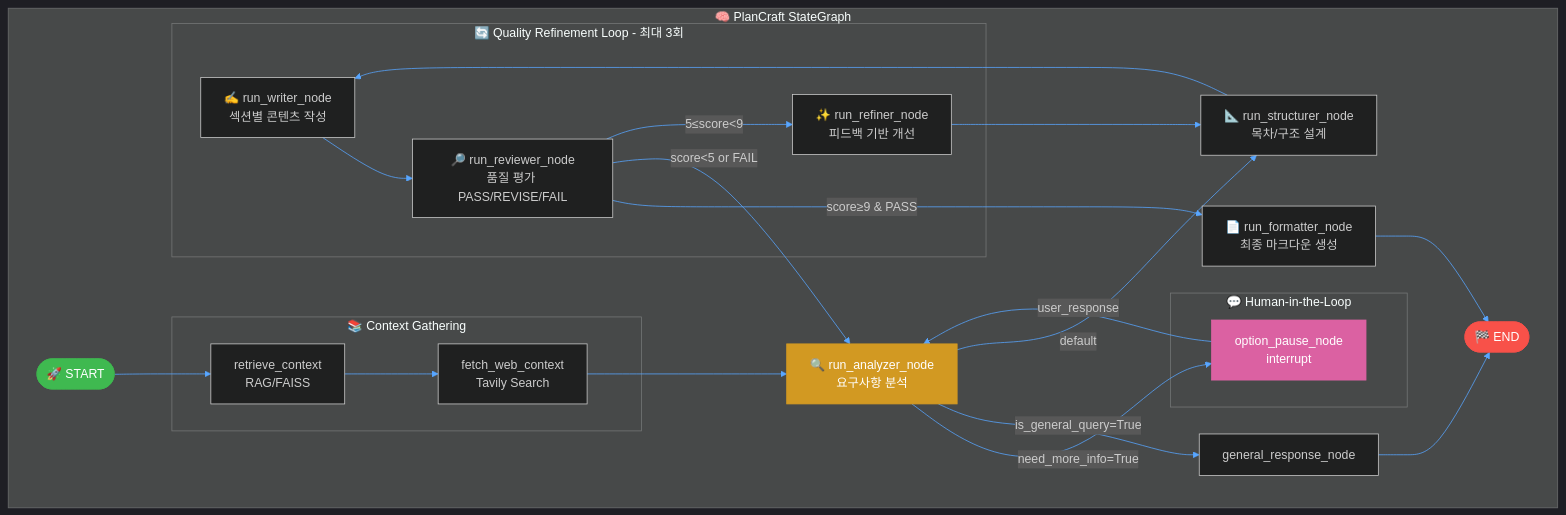
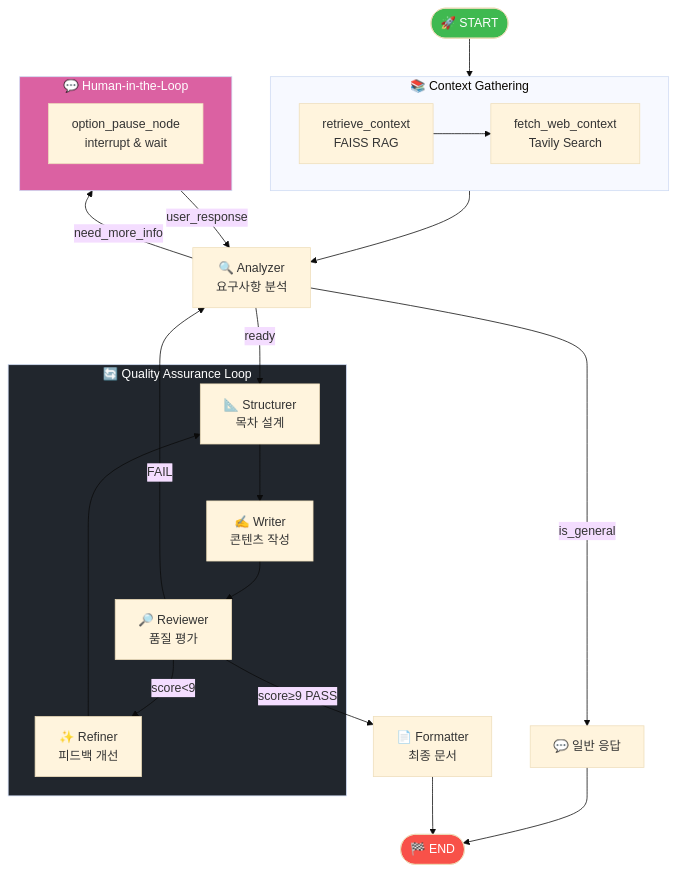
One commit to skyasu2/multi-agent-python changed the second of 9 diagrams in docs/MULTI_AGENT_DIAGRAM.md. Above: the diagram before and after it, drawn with Mermaid. The commit also changed other lines of this file, not shown here.

Commit message:
docs: add comprehensive multi-agent architecture diagrams with service flow

````diff
--- a/docs/MULTI_AGENT_DIAGRAM.md
+++ b/docs/MULTI_AGENT_DIAGRAM.md
@@ -9,65 +68,47 @@
 ```mermaid
-%%{init: {'theme': 'dark', 'themeVariables': { 'primaryColor': '#4493f8', 'primaryTextColor': '#fff', 'primaryBorderColor': '#8957e5', 'lineColor': '#58a6ff', 'secondaryColor': '#21262d', 'tertiaryColor': '#161b22'}}}%%
+%%{init: {'theme': 'base'}}%%
 
 flowchart TD
-    subgraph StateGraph["🧠 PlanCraft StateGraph"]
-        
-        START([🚀 START])
-        
-        subgraph Context["📚 Context Gathering"]
-            RAG[retrieve_context<br/>RAG/FAISS]
-            WEB[fetch_web_context<br/>Tavily Search]
-        end
-        
-        ANALYZE[🔍 run_analyzer_node<br/>요구사항 분석]
-        
-        subgraph HITL["💬 Human-in-the-Loop"]
-            OPTION[option_pause_node<br/>interrupt]
-        end
-        
-        GENERAL[general_response_node]
-        
-        STRUCTURE[📐 run_structurer_node<br/>목차/구조 설계]
-        
-        subgraph QualityLoop["🔄 Quality Refinement Loop - 최대 3회"]
-            WRITE[✍️ run_writer_node<br/>섹션별 콘텐츠 작성]
-            REVIEW[🔎 run_reviewer_node<br/>품질 평가 PASS/REVISE/FAIL]
-            REFINE[✨ run_refiner_node<br/>피드백 기반 개선]
-        end
-        
-        FORMAT[📄 run_formatter_node<br/>최종 마크다운 생성]
-        
-        END_NODE([🏁 END])
-        
-        %% Flow
-        START --> RAG
+    START([🚀 START]) --> CONTEXT
+    
+    subgraph CONTEXT["📚 Context Gathering"]
+        RAG[retrieve_context<br/>FAISS RAG]
+        WEB[fetch_web_context<br/>Tavily Search]
         RAG --> WEB
-        WEB --> ANALYZE
-        
-        %% Conditional: should_ask_user
-        ANALYZE -->|"need_more_info=True"| OPTION
-        ANALYZE -->|"is_general_query=True"| GENERAL
-        ANALYZE -->|"default"| STRUCTURE
-        
-        OPTION -->|"user_response"| ANALYZE
-        GENERAL --> END_NODE
-        
-        STRUCTURE --> WRITE
-        WRITE --> REVIEW
-        
-        %% Conditional: should_refine_or_restart
-        REVIEW -->|"score≥9 & PASS"| FORMAT
-        REVIEW -->|"score<5 or FAIL"| ANALYZE
-        REVIEW -->|"5≤score<9"| REFINE
-        
-        REFINE --> STRUCTURE
-        
-        FORMAT --> END_NODE
     end
     
-    %% Styling
-    style START fill:#3fb950,stroke:#3fb950,color:#fff
-    style END_NODE fill:#f85149,stroke:#f85149,color:#fff
-    style ANALYZE fill:#d29922,stroke:#d29922,color:#fff
-    style OPTION fill:#db61a2,stroke:#db61a2,color:#fff
+    CONTEXT --> ANALYZE[🔍 Analyzer<br/>요구사항 분석]
+    
+    ANALYZE -->|need_more_info| HITL
+    ANALYZE -->|is_general| GENERAL[💬 일반 응답]
+    ANALYZE -->|ready| STRUCTURE
+    
+    subgraph HITL["💬 Human-in-the-Loop"]
+        OPTION[option_pause_node<br/>interrupt & wait]
+    end
+    
+    HITL -->|user_response| ANALYZE
+    GENERAL --> END_NODE
+    
+    STRUCTURE[📐 Structurer<br/>목차 설계] --> WRITE
+    
+    subgraph QA_LOOP["🔄 Quality Assurance Loop"]
+        WRITE[✍️ Writer<br/>콘텐츠 작성]
+        REVIEW[🔎 Reviewer<br/>품질 평가]
+        REFINE[✨ Refiner<br/>피드백 개선]
+        
+        WRITE --> REVIEW
+        REVIEW -->|score<9| REFINE
+        REFINE --> STRUCTURE
+    end
+    
+    REVIEW -->|score≥9 PASS| FORMAT[📄 Formatter<br/>최종 문서]
+    REVIEW -->|FAIL| ANALYZE
+    
+    FORMAT --> END_NODE([🏁 END])
+    
+    style START fill:#3fb950,color:#fff
+    style END_NODE fill:#f85149,color:#fff
+    style HITL fill:#db61a2,color:#fff
+    style QA_LOOP fill:#21262d,color:#fff
 ```
````
